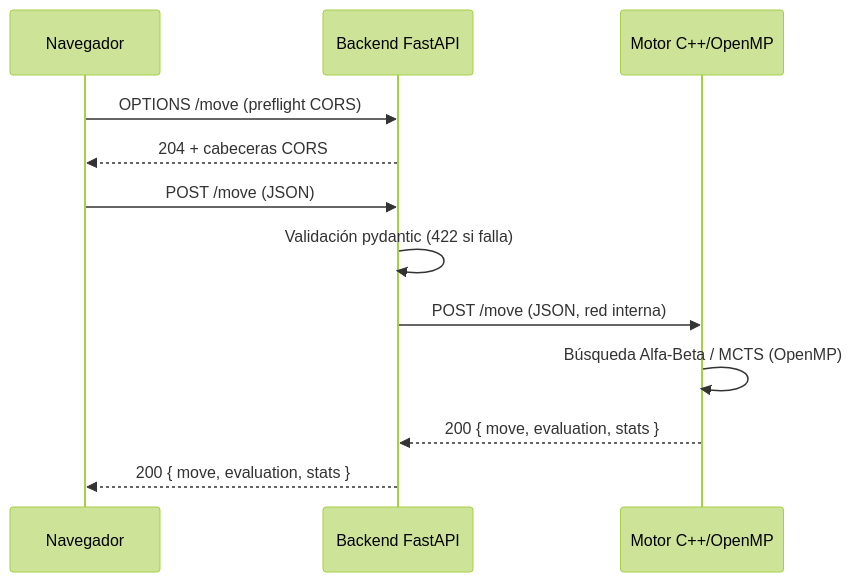
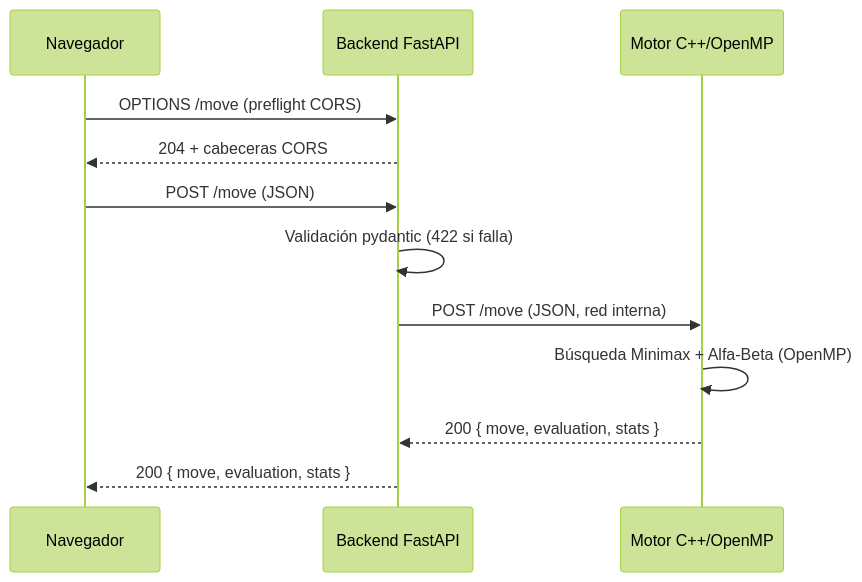
The second of 2 diagrams in docs/01-arquitectura.md (BigBelial/Paralelas-AI-Final), drawn with Mermaid (forest theme) before and after one commit. The commit also changed other lines of this file and 24 other files, not shown here.

````diff
--- a/docs/01-arquitectura.md
+++ b/docs/01-arquitectura.md
@@ -122,14 +111,14 @@
 ```mermaid
 sequenceDiagram
     participant N as Navegador
     participant B as Backend FastAPI
     participant M as Motor C++/OpenMP
     N->>B: OPTIONS /move (preflight CORS)
     B-->>N: 204 + cabeceras CORS
     N->>B: POST /move (JSON)
     B->>B: Validación pydantic (422 si falla)
     B->>M: POST /move (JSON, red interna)
-    M->>M: Búsqueda Alfa-Beta / MCTS (OpenMP)
+    M->>M: Búsqueda Minimax + Alfa-Beta (OpenMP)
     M-->>B: 200 { move, evaluation, stats }
     B-->>N: 200 { move, evaluation, stats }
 ```
````
